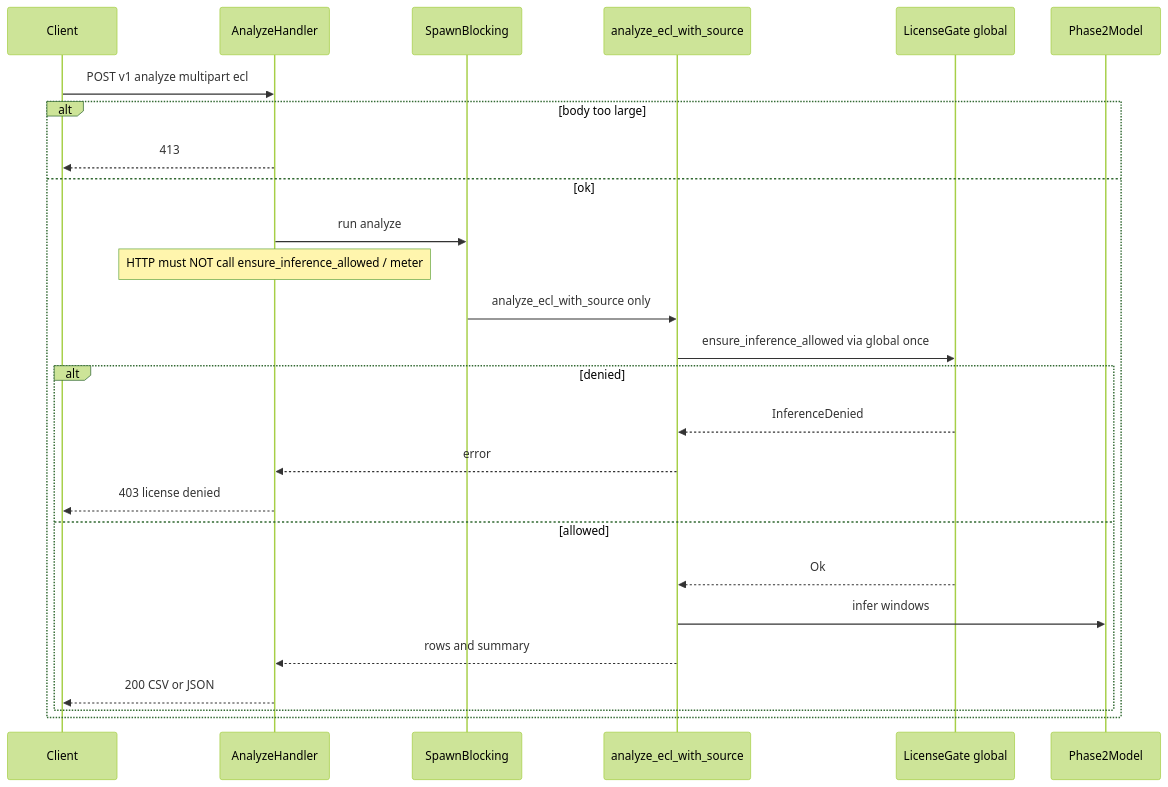
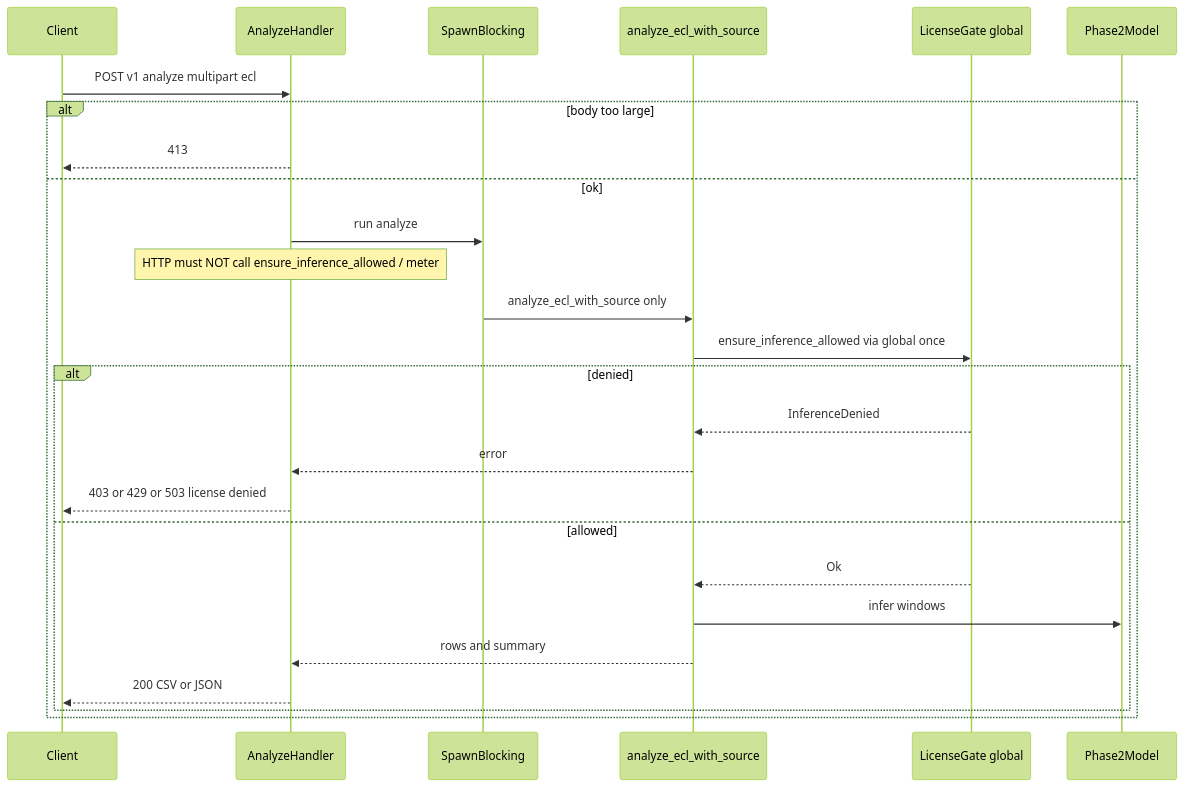
Before and after one commit to Universal-Micro-Networks/holter-analysis-assist: the third of 3 diagrams in .kiro/specs/http-api/design.md, drawn with Mermaid (forest theme). The commit also changed other lines of this file, not shown here.

Commit message:
docs(http-api): document license 429/503 responses

````diff
--- a/.kiro/specs/http-api/design.md
+++ b/.kiro/specs/http-api/design.md
@@ -183,29 +183,29 @@
 ```mermaid
 sequenceDiagram
   participant C as Client
   participant H as AnalyzeHandler
   participant Pool as SpawnBlocking
   participant A as analyze_ecl_with_source
   participant Gate as LicenseGate global
   participant M as Phase2Model
 
   C->>H: POST v1 analyze multipart ecl
   alt body too large
     H-->>C: 413
   else ok
     H->>Pool: run analyze
     Note over H: HTTP must NOT call ensure_inference_allowed / meter
     Pool->>A: analyze_ecl_with_source only
     A->>Gate: ensure_inference_allowed via global once
     alt denied
       Gate-->>A: InferenceDenied
       A-->>H: error
-      H-->>C: 403 license denied
+      H-->>C: 403 or 429 or 503 license denied
     else allowed
       Gate-->>A: Ok
       A->>M: infer windows
       A-->>H: rows and summary
       H-->>C: 200 CSV or JSON
     end
   end
 ```
````
